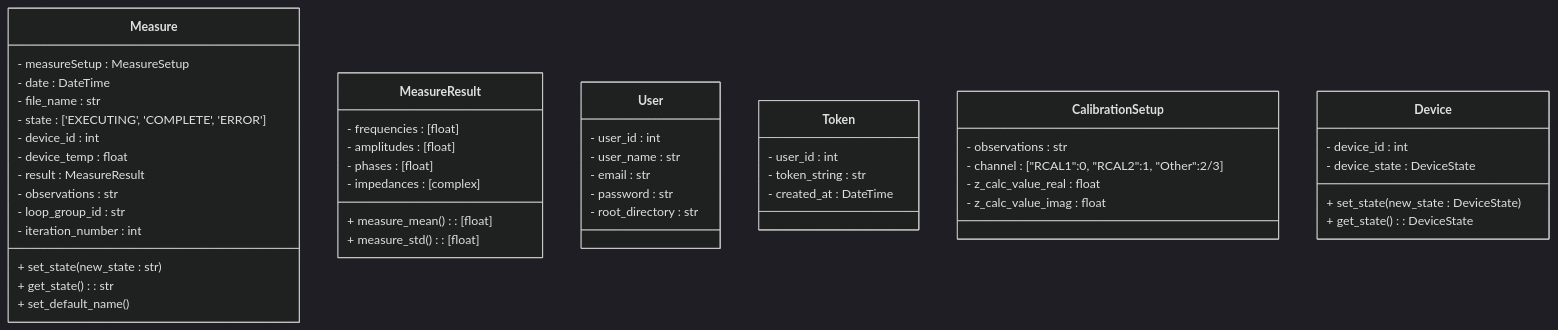
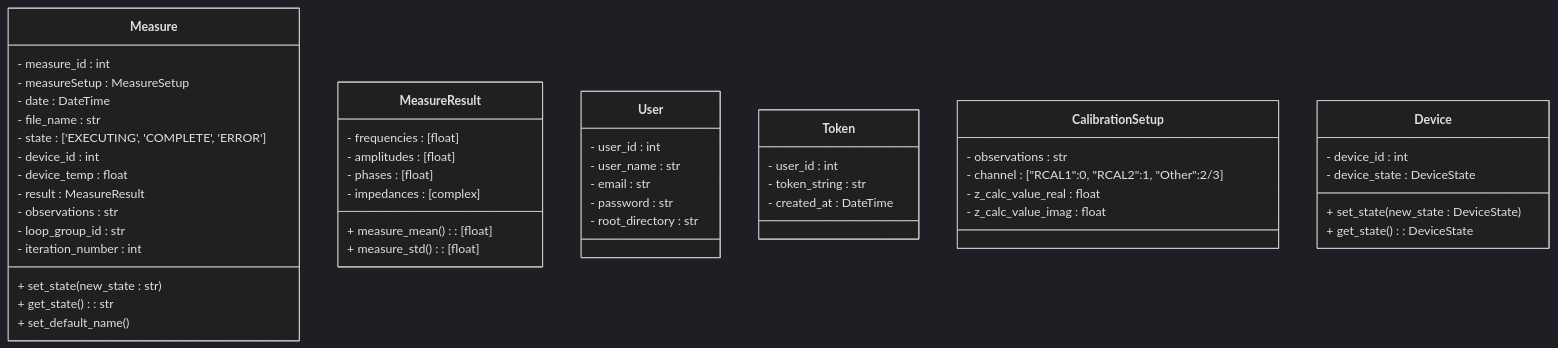
The seventh of 15 diagrams in Gmini-MarkDown/Diagramas/Diagramas de Clases.md (alegrelias/Repo-GMini), drawn with Mermaid (dark theme) before and after one commit. The commit also changed other lines of this file, not shown here.

````diff
--- a/Gmini-MarkDown/Diagramas/Diagramas de Clases.md
+++ b/Gmini-MarkDown/Diagramas/Diagramas de Clases.md
@@ -583,61 +586,62 @@
 ```mermaid
 classDiagram
 %% mediciones
 class Measure {
+	- measure_id : int
 	- measureSetup : MeasureSetup
 	- date : DateTime
 	- file_name : str
 	- state : ['EXECUTING', 'COMPLETE', 'ERROR']
 	- device_id : int
 	- device_temp : float
 	- result : MeasureResult
 	- observations : str
 	- loop_group_id : str
 	- iteration_number : int
 	+ set_state(new_state : str)
 	+ get_state() : str
 	+ set_default_name()
 }
 
 class MeasureResult{
 	- frequencies : [float]
 	- amplitudes : [float]
 	- phases : [float]
 	- impedances : [complex]
 	+ measure_mean() : [float]
 	+ measure_std() : [float]
 }
 
 
 
 %% usuario
 class User {
 	- user_id : int
 	- user_name : str
 	- email : str
 	- password : str
 	- root_directory : str
 	
 }
 
 class Token {
 	- user_id : int
 	- token_string : str
 	- created_at : DateTime
 }
 
 %% conexion y calibracion
 class CalibrationSetup{
 	- observations : str
 	- channel : ["RCAL1":0, "RCAL2":1, "Other":2/3]
 	- z_calc_value_real : float
 	- z_calc_value_imag : float
 }
 
 class Device{
 	- device_id : int
 	- device_state : DeviceState
 	+ set_state(new_state : DeviceState)
 	+ get_state() : DeviceState
 }
 ```
````
